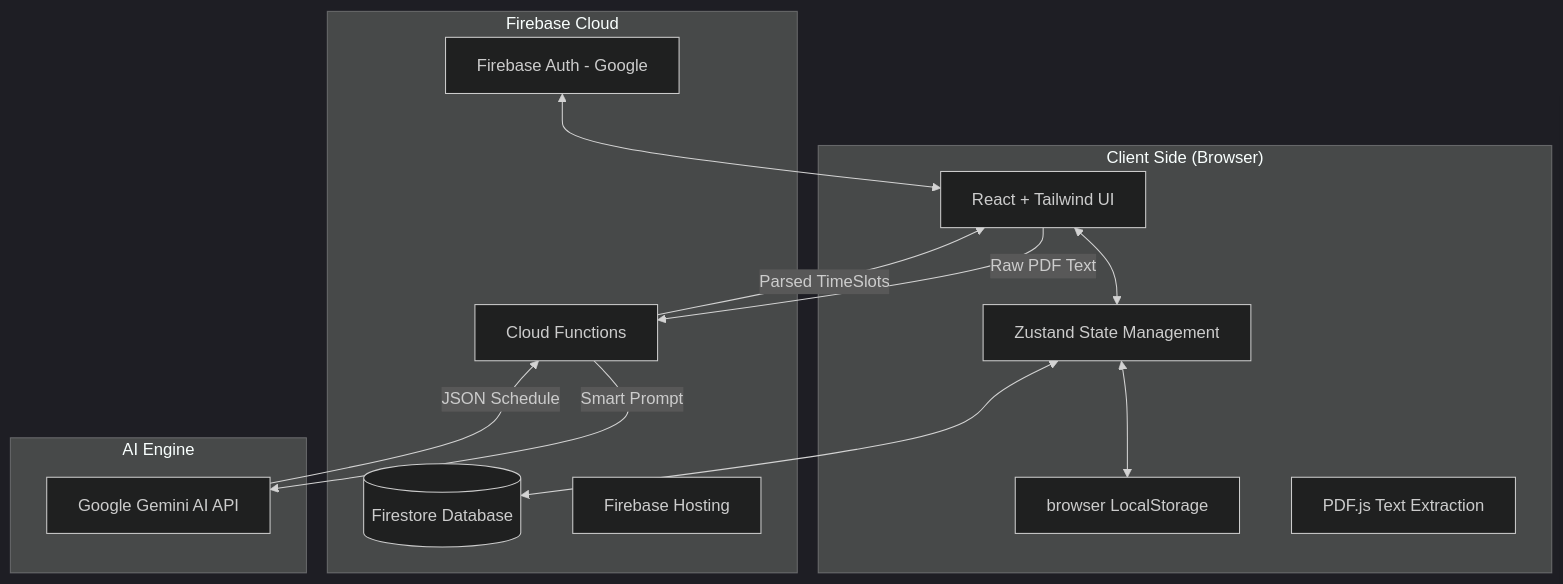
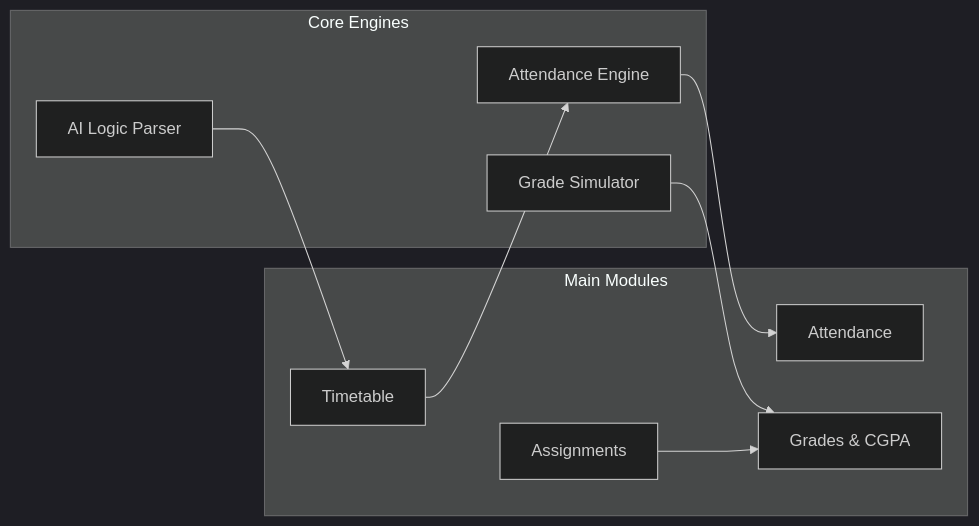
Before and after one commit to ArnavGarg7/Scholify: the first of 2 diagrams in README.md, drawn with Mermaid (dark theme). The commit also changed other lines of this file and 4 other files, not shown here.

Commit message:
docs: use feature and workflow architecture diagrams in README and clean branding

````diff
--- a/README.md
+++ b/README.md
@@ -80,29 +80,21 @@
 ```mermaid
-graph TD
-    subgraph "Client Side (Browser)"
-        UI[React + Tailwind UI]
-        State[Zustand State Management]
-        Local[browser LocalStorage]
-        PDF[PDF.js Text Extraction]
+graph LR
+    subgraph "Core Engines"
+        AI[AI Logic Parser]
+        AttEng[Attendance Engine]
+        GrdEng[Grade Simulator]
     end
 
-    subgraph "Firebase Cloud"
-        Auth[Firebase Auth - Google]
-        DB[(Firestore Database)]
-        Functions[Cloud Functions]
-        Hosting[Firebase Hosting]
+    subgraph "Main Modules"
+        T[Timetable]
+        A[Attendance]
+        G[Grades & CGPA]
+        AS[Assignments]
     end
 
-    subgraph "AI Engine"
-        Gemini[Google Gemini AI API]
-    end
-
-    UI <--> State
-    State <--> Local
-    UI -- "Raw PDF Text" --> Functions
-    Functions -- "Smart Prompt" --> Gemini
-    Gemini -- "JSON Schedule" --> Functions
-    Functions -- "Parsed TimeSlots" --> UI
-    State <--> DB
-    Auth <--> UI
+    AI --> T
+    T --> AttEng
+    AttEng --> A
+    AS --> G
+    GrdEng --> G
 ```
````
